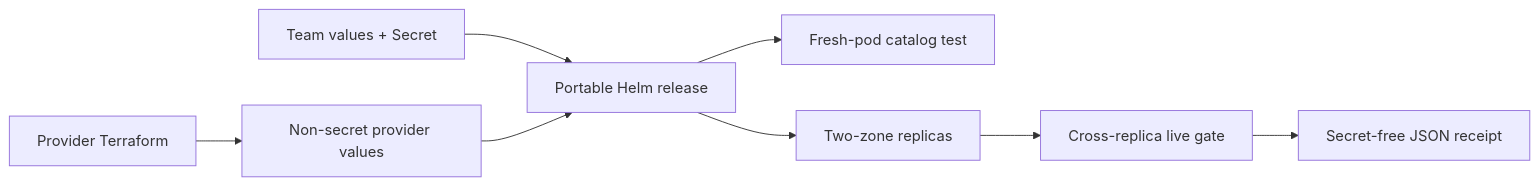
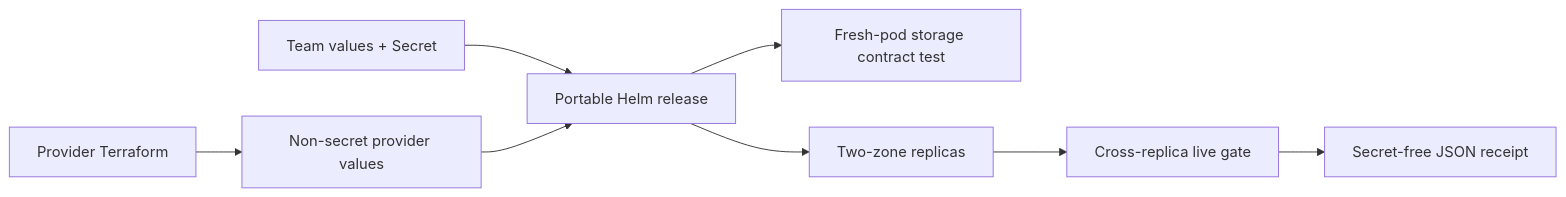
One commit to crabbuild/crab changed the fourth of 11 diagrams in crates/crab-http-server/DESIGN.md. Above: the diagram before and after it, drawn with Mermaid. The commit also changed other lines of this file and 9 other files, not shown here.

````diff
--- a/crates/crab-http-server/DESIGN.md
+++ b/crates/crab-http-server/DESIGN.md
@@ -244,10 +252,10 @@
 ```mermaid
 flowchart LR
     Terraform[Provider Terraform] --> Provider[Non-secret provider values]
     Team[Team values + Secret] --> Helm[Portable Helm release]
     Provider --> Helm
-    Helm --> Fresh[Fresh-pod catalog test]
+    Helm --> Fresh[Fresh-pod storage contract test]
     Helm --> Replicas[Two-zone replicas]
     Replicas --> Live[Cross-replica live gate]
     Live --> Receipt[Secret-free JSON receipt]
 ```
````
